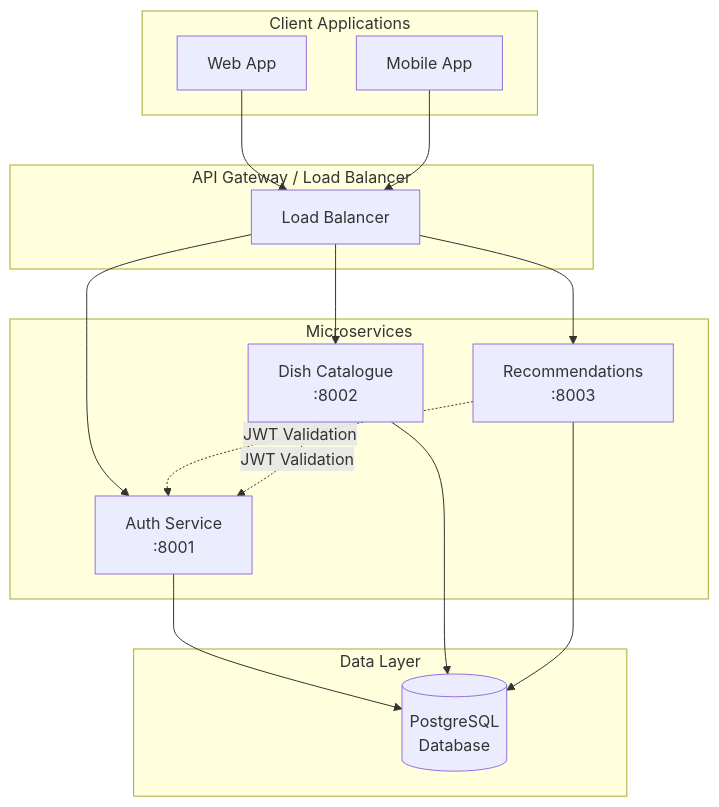
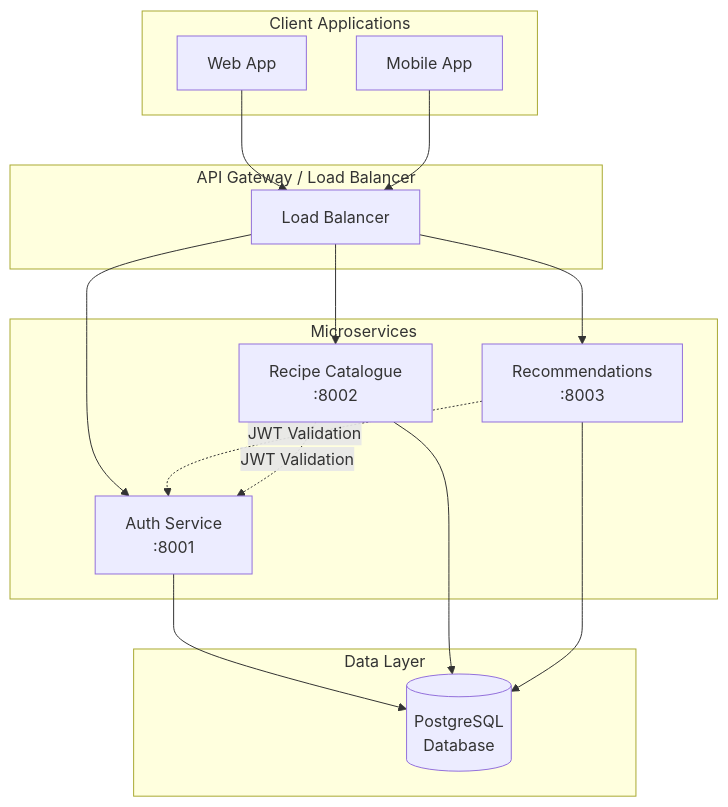
The diagram in README.md (hannarijk/meal-prep), drawn with Mermaid before and after one commit. The commit also changed other lines of this file and 17 other files, not shown here.

Commit message:
Change Dish to Recipe

````diff
--- a/README.md
+++ b/README.md
@@ -12,34 +12,34 @@
 ```mermaid
 graph TB
     subgraph "Client Applications"
         WEB[Web App]
         MOBILE[Mobile App]
     end
 
     subgraph "API Gateway / Load Balancer"
         LB[Load Balancer]
     end
 
     subgraph "Microservices"
         AUTH[Auth Service<br/>:8001]
-        DISHES[Dish Catalogue<br/>:8002] 
+        RECIPES[Recipe Catalogue<br/>:8002] 
         REC[Recommendations<br/>:8003]
     end
 
     subgraph "Data Layer"
         DB[(PostgreSQL<br/>Database)]
     end
 
     WEB --> LB
     MOBILE --> LB
     LB --> AUTH
-    LB --> DISHES
+    LB --> RECIPES
     LB --> REC
     
     AUTH --> DB
-    DISHES --> DB
+    RECIPES --> DB
     REC --> DB
 
     REC -.->|JWT Validation| AUTH
-    DISHES -.->|JWT Validation| AUTH
+    RECIPES -.->|JWT Validation| AUTH
 ```
````
